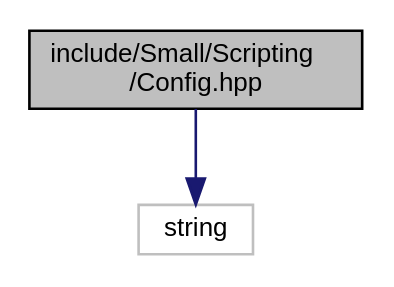
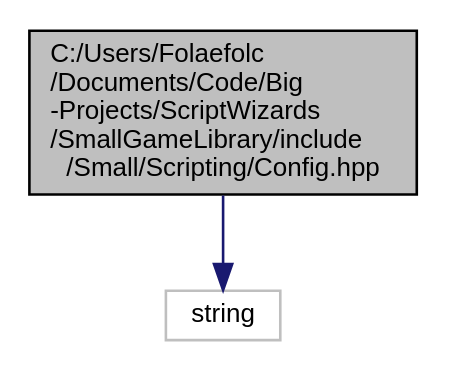
The diagram in de/dc4/Config_8hpp__incl.dot (ScriptWizards/documentation), drawn with Graphviz before and after one commit. The commit also changed 587 other files, not shown here.

```diff
--- a/de/dc4/Config_8hpp__incl.dot
+++ b/de/dc4/Config_8hpp__incl.dot
@@ -1,9 +1,9 @@
-digraph "include/Small/Scripting/Config.hpp"
+digraph "C:/Users/Folaefolc/Documents/Code/Big-Projects/ScriptWizards/SmallGameLibrary/include/Small/Scripting/Config.hpp"
 {
  // INTERACTIVE_SVG=YES
   edge [fontname="Helvetica",fontsize="10",labelfontname="Helvetica",labelfontsize="10"];
   node [fontname="Helvetica",fontsize="10",shape=record];
-  Node1 [label="include/Small/Scripting\l/Config.hpp",height=0.2,width=0.4,color="black", fillcolor="grey75", style="filled", fontcolor="black"];
+  Node1 [label="C:/Users/Folaefolc\l/Documents/Code/Big\l-Projects/ScriptWizards\l/SmallGameLibrary/include\l/Small/Scripting/Config.hpp",height=0.2,width=0.4,color="black", fillcolor="grey75", style="filled", fontcolor="black"];
   Node1 -> Node2 [color="midnightblue",fontsize="10",style="solid",fontname="Helvetica"];
   Node2 [label="string",height=0.2,width=0.4,color="grey75", fillcolor="white", style="filled"];
 }
```
